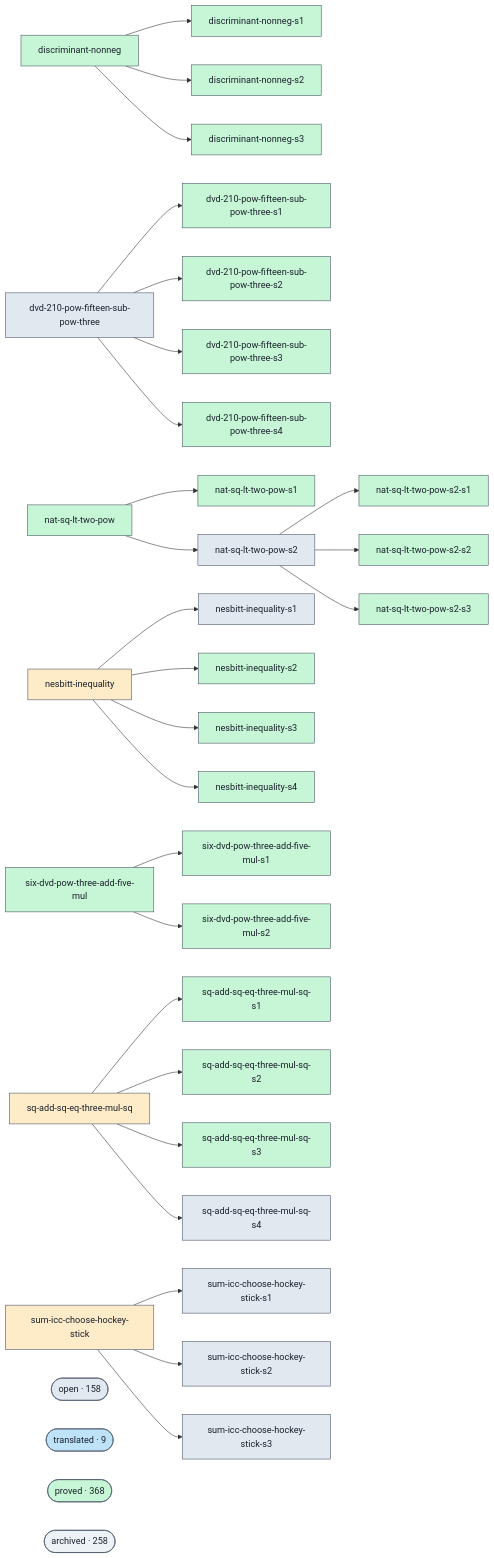
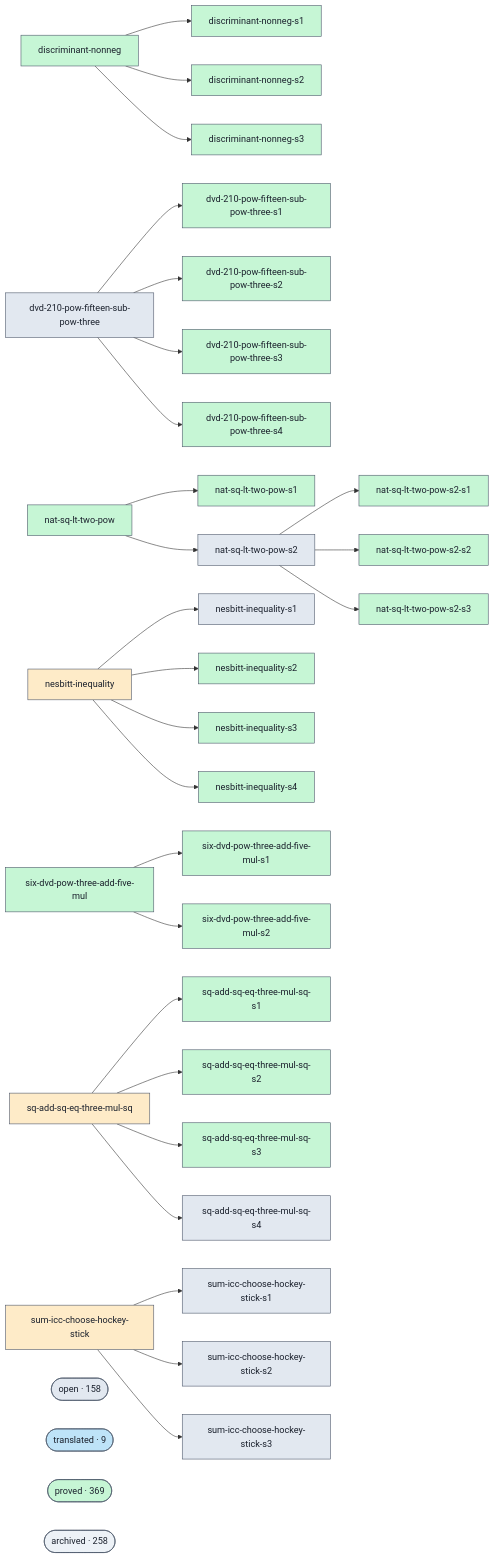
The diagram in docs/proofs-contributors-visualisation.md (Rauxon/unsorry), drawn with Mermaid before and after one commit. The commit also changed other lines of this file and 2 other files, not shown here.

```diff
--- a/docs/proofs-contributors-visualisation.md
+++ b/docs/proofs-contributors-visualisation.md
@@ -147,7 +147,7 @@
   class cluster_open open;
   cluster_translated(["translated · 9"])
   class cluster_translated translated;
-  cluster_proved(["proved · 368"])
+  cluster_proved(["proved · 369"])
   class cluster_proved proved;
   cluster_archived(["archived · 258"])
   class cluster_archived unknown;
```
